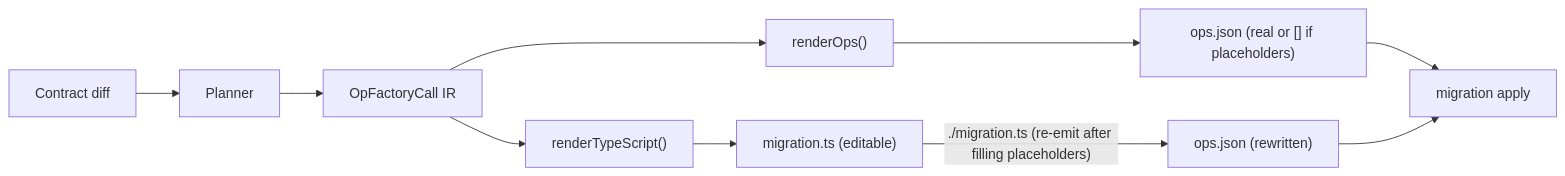
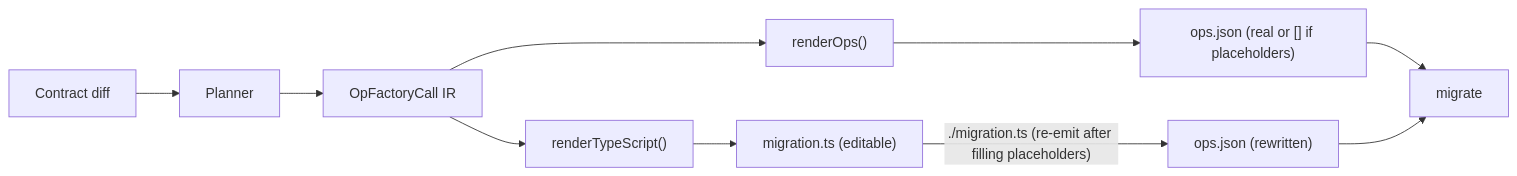
Before and after one commit to prisma/prisma-next: the second of 3 diagrams in docs/architecture docs/subsystems/7. Migration System.md, drawn with Mermaid. The commit also changed other lines of this file, not shown here.

First line of the commit message:
docs: update Migration System references from migration apply to migrate

````diff
--- a/docs/architecture docs/subsystems/7. Migration System.md
+++ b/docs/architecture docs/subsystems/7. Migration System.md
@@ -42,12 +42,12 @@
 ```mermaid
 flowchart LR
   diff[Contract diff] --> planner[Planner]
   planner --> ir["OpFactoryCall IR"]
   ir --> renderTs["renderTypeScript()"]
   ir --> renderOps["renderOps()"]
   renderTs --> ts["migration.ts (editable)"]
   renderOps --> opsInit["ops.json (real or [] if placeholders)"]
   ts -->|"./migration.ts (re-emit after filling placeholders)"| opsRedo["ops.json (rewritten)"]
-  opsInit --> apply["migration apply"]
+  opsInit --> apply["migrate"]
   opsRedo --> apply
 ```
````
